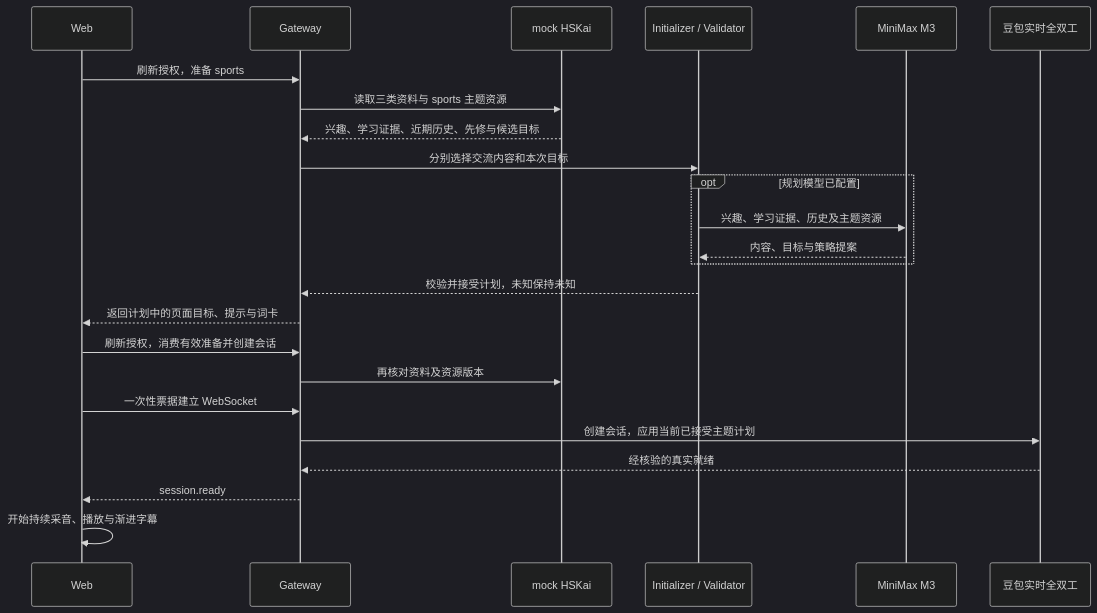
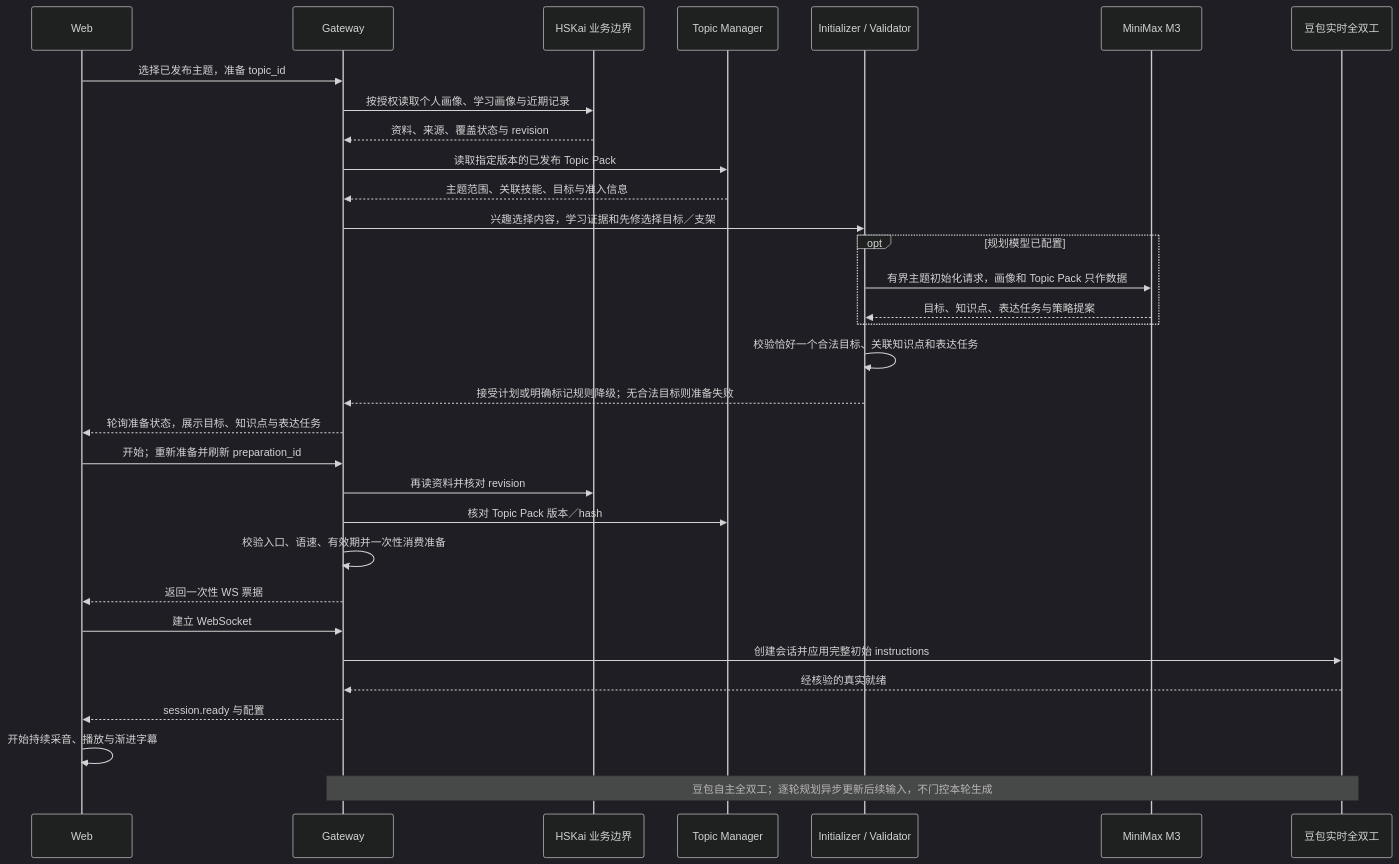
The third of 5 diagrams in README.md (yqhuang-cyber/ask-kai), drawn with Mermaid (dark theme) before and after one commit. The commit also changed other lines of this file, not shown here.

Commit message:
docs: update free and topic chat sequences

````diff
--- a/README.md
+++ b/README.md
@@ -171,26 +171,34 @@
 ```mermaid
 sequenceDiagram
     participant W as Web
     participant G as Gateway
-    participant H as mock HSKai
+    participant H as HSKai 业务边界
+    participant T as Topic Manager
     participant C as Initializer / Validator
     participant L as MiniMax M3
     participant P as 豆包实时全双工
-    W->>G: 刷新授权，准备 sports
-    G->>H: 读取三类资料与 sports 主题资源
-    H-->>G: 兴趣、学习证据、近期历史、先修与候选目标
-    G->>C: 分别选择交流内容和本次目标
+    W->>G: 选择已发布主题，准备 topic_id
+    G->>H: 按授权读取个人画像、学习画像与近期记录
+    H-->>G: 资料、来源、覆盖状态与 revision
+    G->>T: 读取指定版本的已发布 Topic Pack
+    T-->>G: 主题范围、关联技能、目标与准入信息
+    G->>C: 兴趣选择内容，学习证据和先修选择目标／支架
     opt 规划模型已配置
-        C->>L: 兴趣、学习证据、历史及主题资源
-        L-->>C: 内容、目标与策略提案
+        C->>L: 有界主题初始化请求，画像和 Topic Pack 只作数据
+        L-->>C: 目标、知识点、表达任务与策略提案
     end
-    C-->>G: 校验并接受计划，未知保持未知
-    G-->>W: 返回计划中的页面目标、提示与词卡
-    W->>G: 刷新授权，消费有效准备并创建会话
-    G->>H: 再核对资料及资源版本
-    W->>G: 一次性票据建立 WebSocket
-    G->>P: 创建会话，应用当前已接受主题计划
+    C->>C: 校验恰好一个合法目标、关联知识点和表达任务
+    C-->>G: 接受计划或明确标记规则降级；无合法目标则准备失败
+    G-->>W: 轮询准备状态，展示目标、知识点与表达任务
+    W->>G: 开始；重新准备并刷新 preparation_id
+    G->>H: 再读资料并核对 revision
+    G->>T: 核对 Topic Pack 版本／hash
+    G->>G: 校验入口、语速、有效期并一次性消费准备
+    G-->>W: 返回一次性 WS 票据
+    W->>G: 建立 WebSocket
+    G->>P: 创建会话并应用完整初始 instructions
     P-->>G: 经核验的真实就绪
-    G-->>W: session.ready
+    G-->>W: session.ready 与配置
     W->>W: 开始持续采音、播放与渐进字幕
+    Note over G,P: 豆包自主全双工；逐轮规划异步更新后续输入，不门控本轮生成
 ```
````
